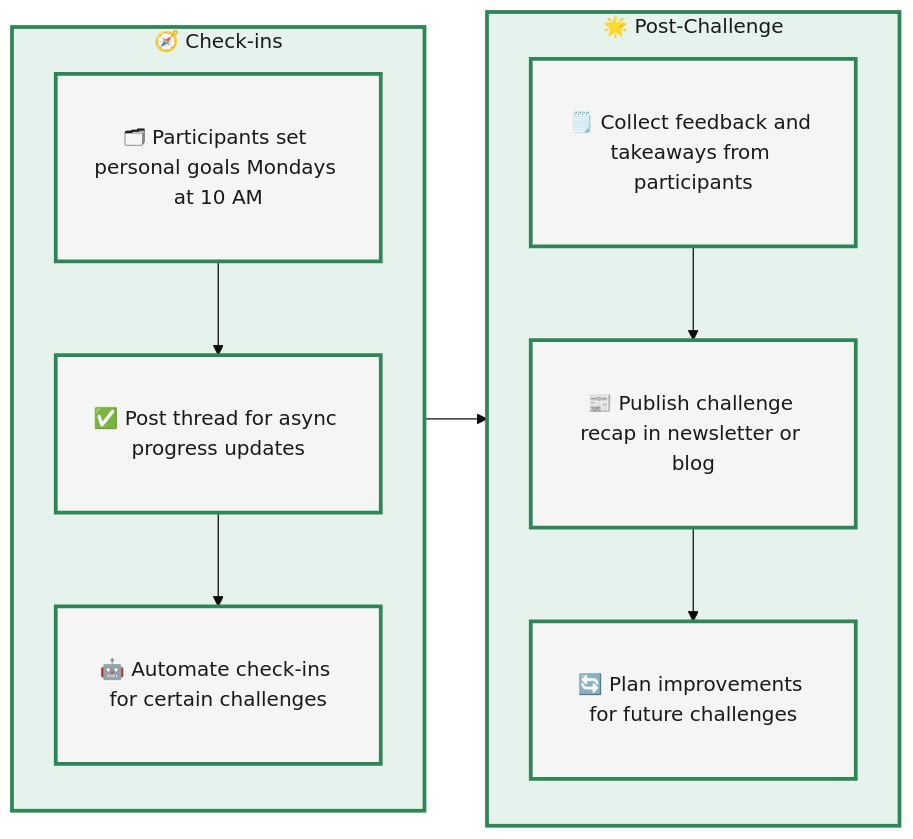
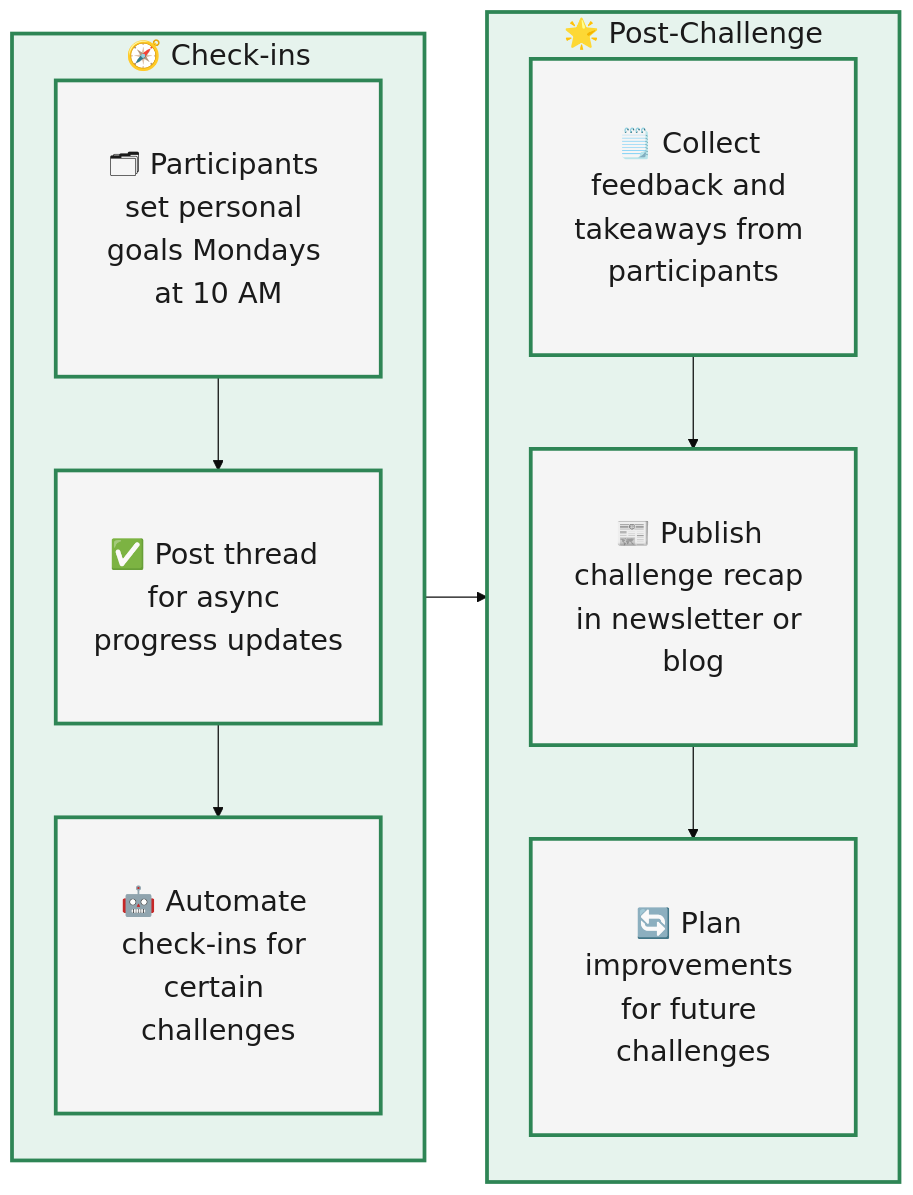
The second of 2 diagrams in docs/monthly-challenges/facilitators-docs/facilitate-a-challenge.md (CBID2/VC-Community-Docs), drawn with Mermaid before and after one commit. The commit also changed other lines of this file and 1 other file, not shown here.

Commit message:
Update Mermaid diagrams for better readability and mobile-friendliness

````diff
--- a/docs/monthly-challenges/facilitators-docs/facilitate-a-challenge.md
+++ b/docs/monthly-challenges/facilitators-docs/facilitate-a-challenge.md
@@ -81,29 +81,29 @@
 ```mermaid
-%%{init: {'theme':'base', 'themeVariables': {'fontSize':'16px', 'fontFamily':'arial'}}}%%
+%%{init: {'theme':'base', 'themeVariables': {'fontSize':'23px', 'fontFamily':'arial'}}}%%
 flowchart LR
   %% Left Column - Check-Ins
   subgraph A["🧭 Check-ins"]
     direction TB
     A1["🗂 Participants set personal goals Mondays at 10 AM"]
     A2["✅ Post thread for async progress updates"]
     A3["🤖 Automate check-ins for certain challenges"]
     A1 --> A2 --> A3
   end
 
-  %% Right Column - Post Challenge
+  %% Right Column - Post-Challenge
   subgraph B["🌟 Post-Challenge"]
     direction TB
     B1["🗒️ Collect feedback and takeaways from participants"]
     B2["📰 Publish challenge recap in newsletter or blog"]
     B3["🔄 Plan improvements for future challenges"]
     B1 --> B2 --> B3
   end
 
   %% Flow between stages
   A3 --> B1
 
   %% Styling
   classDef default fill:#f5f5f5,stroke:#2e8555,stroke-width:3px,color:#1a1a1a,padding:15px;
   classDef process fill:#e6f3ed,stroke:#2e8555,stroke-width:3px,color:#1a1a1a;
   class A,B process;
 ```
````
